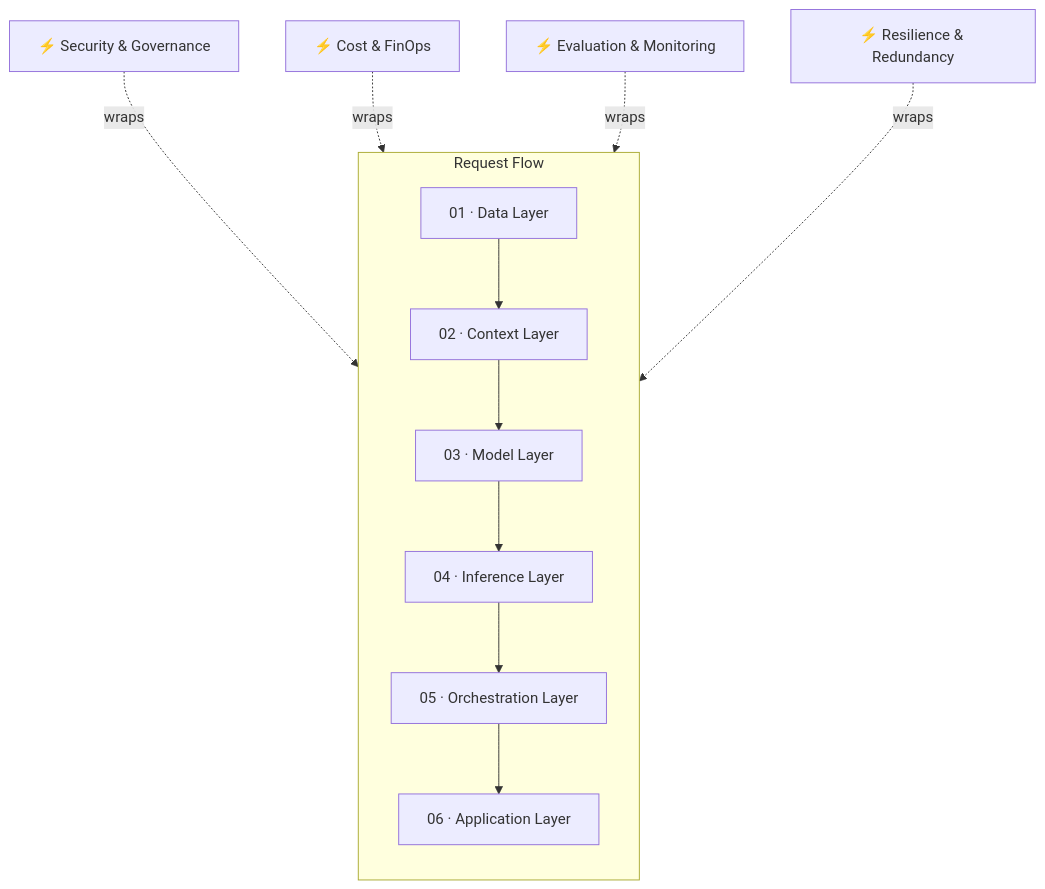
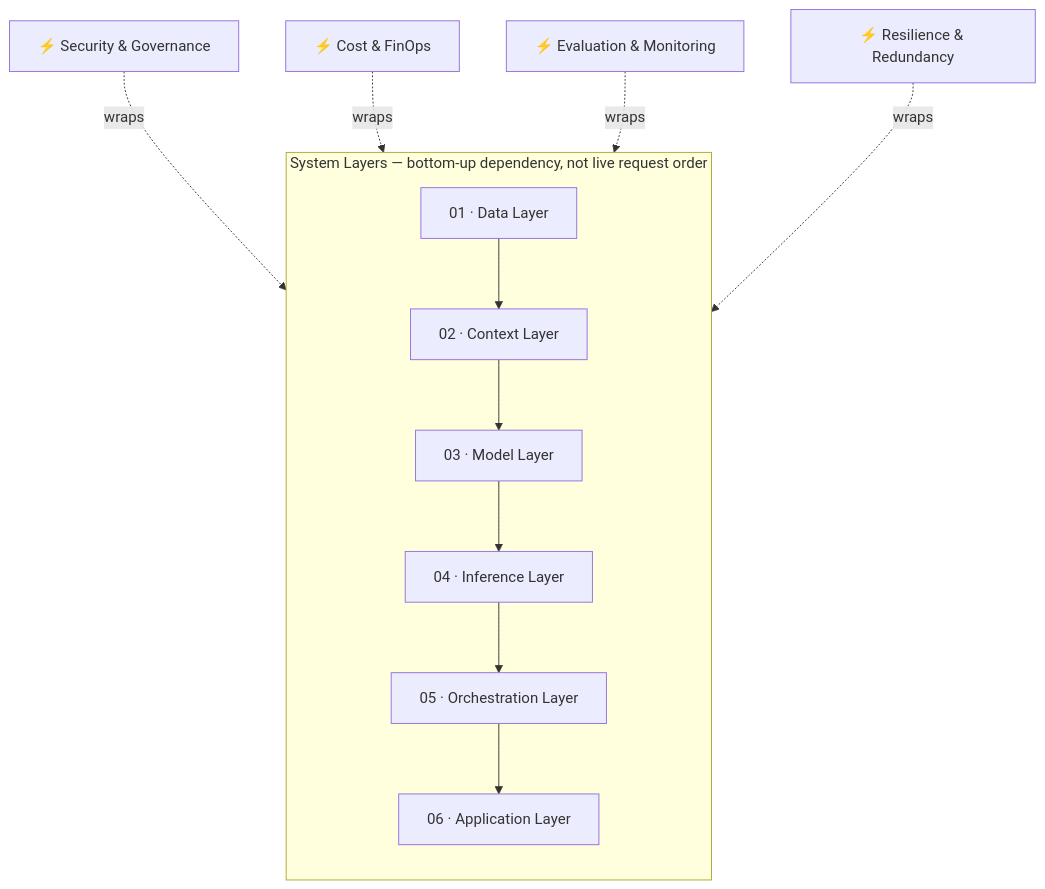
The diagram in docs/domains/ai-architecture/index.md (Sunparus/ai-native-product-ops), drawn with Mermaid before and after one commit. The commit also changed 2 other files, not shown here.

Commit message:
Fix directional/labeling errors in domain schemas per QA review
- AI Architecture: relabel 'Request Flow' -> 'System Layers' (the
  diagram shows build-time dependency order, not live request path)
- Data Governance: reverse Core Principles arrow (foundation underlies
  DMBOK, doesn't feed into it); explicitly show Metadata Management as
  one of the 11 DMBOK areas rather than a separate related concept
- Sovereignty & Infrastructure: show Residency and Sovereignty as
  distinct parallel dimensions, not a sequential/causal pair

AI Security and Lean & Engineering schemas reviewed and passed as-is.

````diff
--- a/docs/domains/ai-architecture/index.md
+++ b/docs/domains/ai-architecture/index.md
@@ -10,15 +10,15 @@
 ```mermaid
 flowchart TB
-    subgraph Pipeline["Request Flow"]
+    subgraph Pipeline["System Layers — bottom-up dependency, not live request order"]
         direction TB
         D[01 · Data Layer] --> C[02 · Context Layer]
         C --> M[03 · Model Layer]
         M --> I[04 · Inference Layer]
         I --> O[05 · Orchestration Layer]
         O --> A[06 · Application Layer]
     end
     G["⚡ Security & Governance"] -.wraps.-> Pipeline
     F["⚡ Cost & FinOps"] -.wraps.-> Pipeline
     E["⚡ Evaluation & Monitoring"] -.wraps.-> Pipeline
     R["⚡ Resilience & Redundancy"] -.wraps.-> Pipeline
 ```
````
